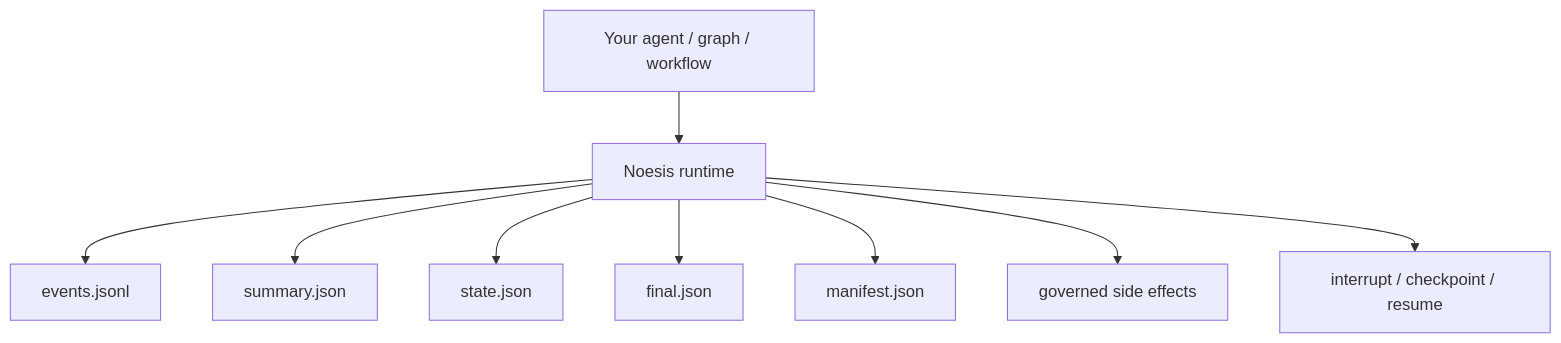
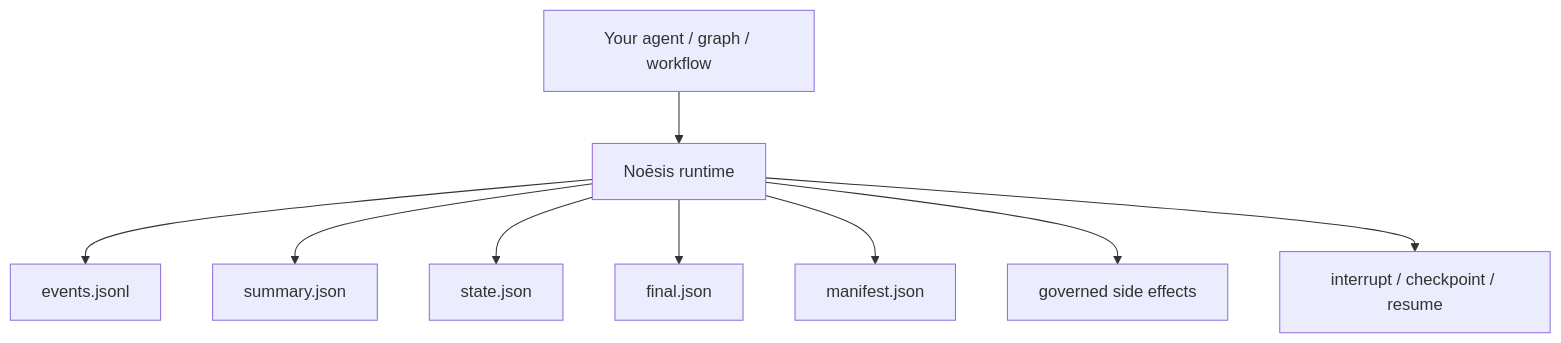
Before and after one commit to saraeloop/noesis: the first of 2 diagrams in README.md, drawn with Mermaid. The commit also changed other lines of this file, not shown here.

````diff
--- a/README.md
+++ b/README.md
@@ -20,11 +95,11 @@
 ```mermaid
 flowchart TD
-    A["Your agent / graph / workflow"] --> B["Noesis runtime"]
+    A["Your agent / graph / workflow"] --> B["Noēsis runtime"]
     B --> C["events.jsonl"]
     B --> D["summary.json"]
     B --> E["state.json"]
     B --> F["final.json"]
     B --> G["manifest.json"]
     B --> H["governed side effects"]
     B --> I["interrupt / checkpoint / resume"]
 ```
````
